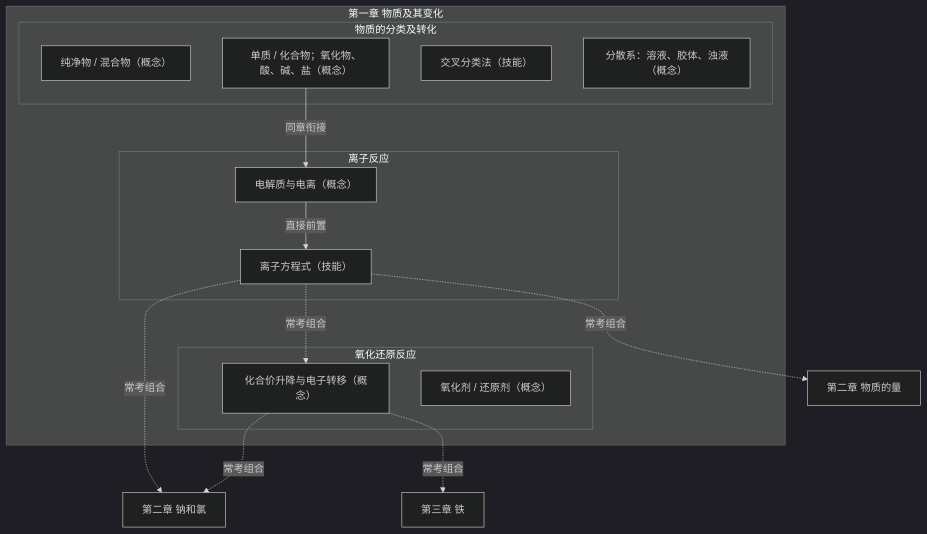
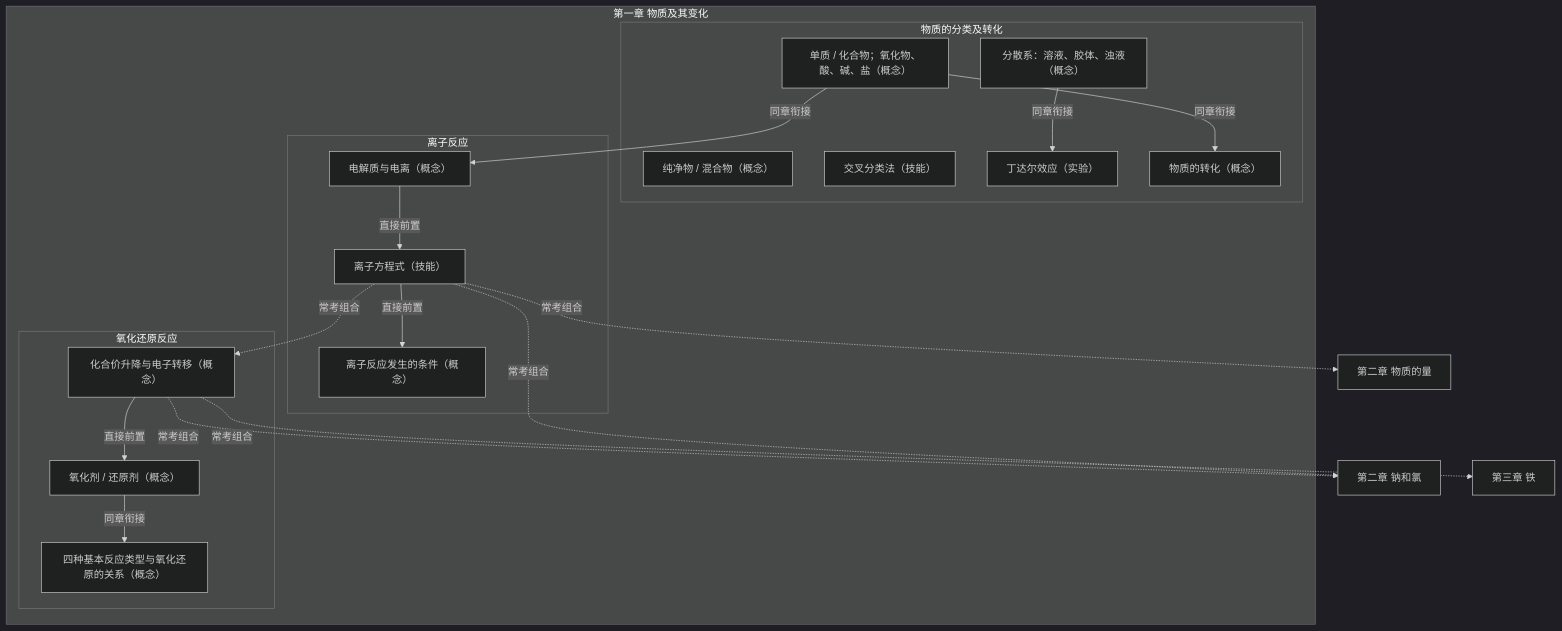
One commit to lihenair/high-school-ai-tutor-skill changed the first of 2 diagrams in skills/high-school-ai-tutor/SKILL.md. Above: the diagram before and after it, drawn with Mermaid (dark theme). The commit also changed other lines of this file and 10 other files, not shown here.

First line of the commit message:
Check the PEP chemistry chapter 1 map and show both diagrams.

````diff
--- a/skills/high-school-ai-tutor/SKILL.md
+++ b/skills/high-school-ai-tutor/SKILL.md
@@ -135,29 +134,38 @@
 ```mermaid
 flowchart TD
   subgraph ch1["第一章 物质及其变化"]
     subgraph s1["物质的分类及转化"]
       mix["纯净物 / 混合物（概念）"]
       compound["单质 / 化合物；氧化物、酸、碱、盐（概念）"]
       cross["交叉分类法（技能）"]
       colloid["分散系：溶液、胶体、浊液（概念）"]
+      tyndall["丁达尔效应（实验）"]
+      transform["物质的转化（概念）"]
     end
     subgraph s2["离子反应"]
       ionize["电解质与电离（概念）"]
       ionEq["离子方程式（技能）"]
+      ionCond["离子反应发生的条件（概念）"]
     end
     subgraph s3["氧化还原反应"]
       valence["化合价升降与电子转移（概念）"]
       agent["氧化剂 / 还原剂（概念）"]
+      basic4["四种基本反应类型与氧化还原的关系（概念）"]
     end
   end
   ch2["第二章 钠和氯"]
   ch2n["第二章 物质的量"]
   ch3["第三章 铁"]
+  compound -->|同章衔接| transform
+  colloid -->|同章衔接| tyndall
   compound -->|同章衔接| ionize
   ionize -->|直接前置| ionEq
+  ionEq -->|直接前置| ionCond
+  valence -->|直接前置| agent
+  agent -->|同章衔接| basic4
   ionEq -.->|常考组合| valence
   ionEq -.->|常考组合| ch2
   valence -.->|常考组合| ch2
   valence -.->|常考组合| ch3
   ionEq -.->|常考组合| ch2n
 ```
````
